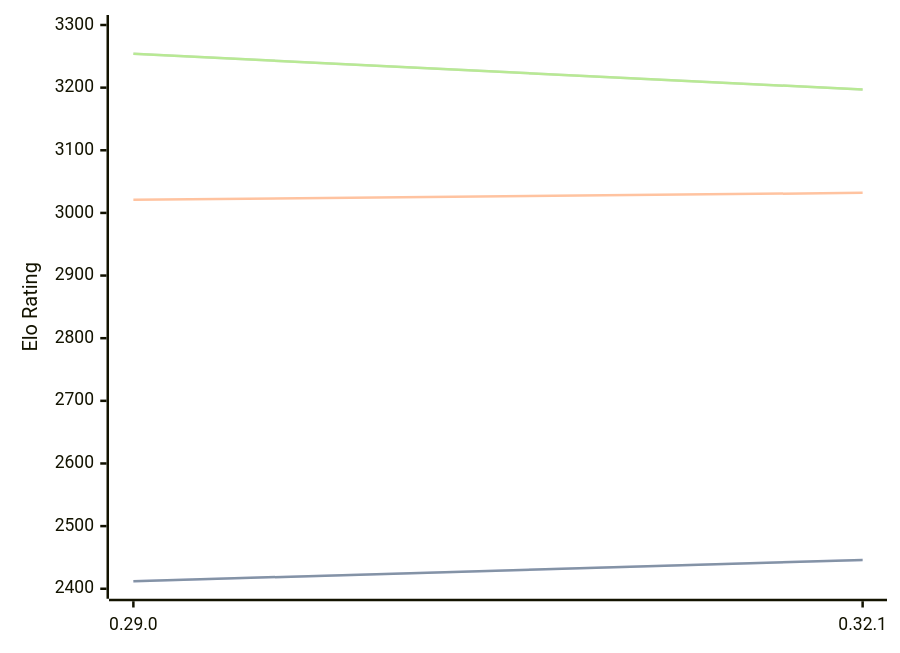
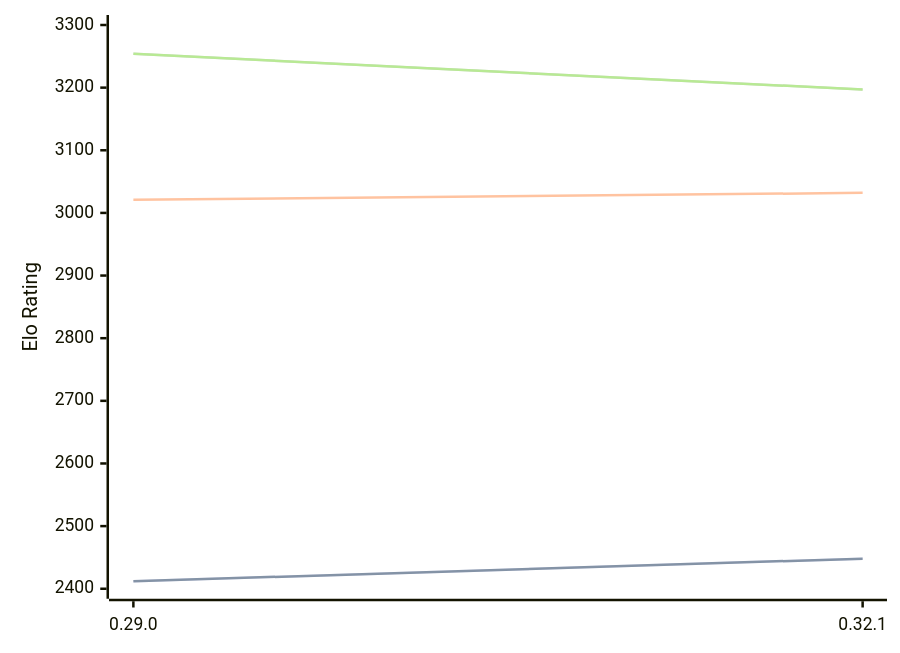
The diagram in engines/Lc0.md (computer-chess-index/cci), drawn with Mermaid before and after one commit. The commit also changed other lines of this file, not shown here.

Commit message:
Update CCI Ratings (ELO VLTC) - 2026-04-02

````diff
--- a/engines/Lc0.md
+++ b/engines/Lc0.md
@@ -68,11 +68,11 @@
 ```mermaid
 %%{init: {"theme":"base","themeVariables":{"seriesColors:['#a3a3a3','#222221','#faa371']}}}%%
 xychart-beta
   x-axis ["0.29.0", "0.32.1"]
   y-axis "Elo Rating" 2400 --> 3300
-  line "STC (8.0+0.08s)" [2412, 2446]
-  line "STC (8.0+0.08s)" [2412, 2446]
+  line "STC (8.0+0.08s)" [2412, 2448]
+  line "STC (8.0+0.08s)" [2412, 2448]
   line "LTC (60.0+0.60s)" [3021, 3032]
   line "VLTC (2m24s+1.12s)" [3254, 3197]
   line "VLTC (2m24s+1.12s)" [3254, 3197]
 ```
````
